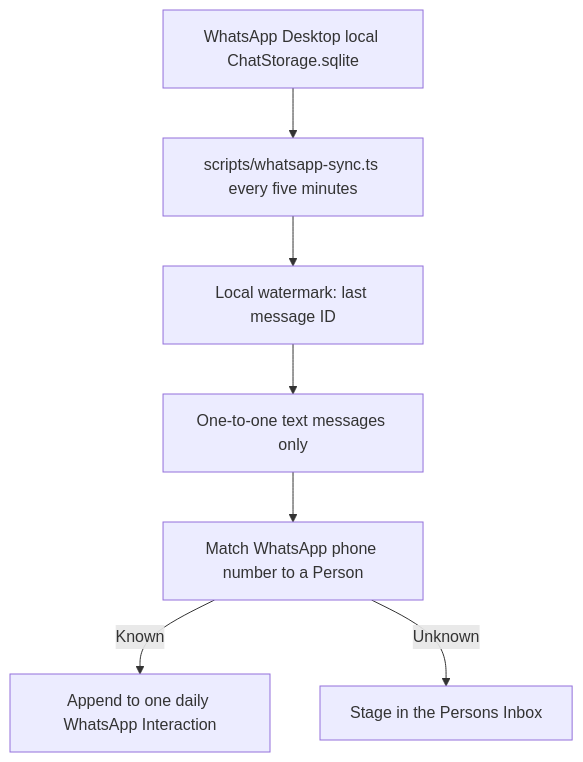
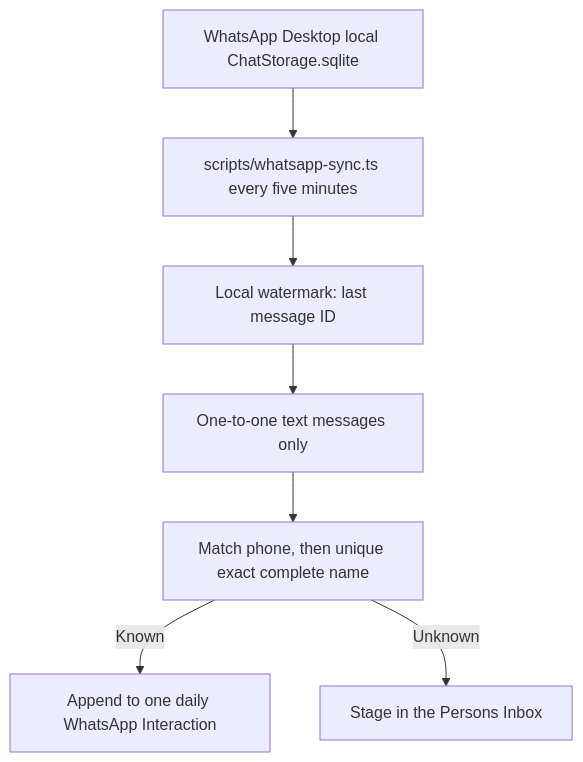
One commit to josephdfryer/life-os changed the fourth of 22 diagrams in docs/PERSONS_ARCHITECTURE.md. Above: the diagram before and after it, drawn with Mermaid. The commit also changed other lines of this file and 14 other files, not shown here.

Commit message:
feat(inbox): match WhatsApp contacts and bulk assign messages

````diff
--- a/docs/PERSONS_ARCHITECTURE.md
+++ b/docs/PERSONS_ARCHITECTURE.md
@@ -186,9 +186,9 @@
 ```mermaid
 flowchart TD
   WhatsApp["WhatsApp Desktop local ChatStorage.sqlite"] --> Watcher["scripts/whatsapp-sync.ts every five minutes"]
   Watcher --> Watermark["Local watermark: last message ID"]
   Watermark --> DirectOnly["One-to-one text messages only"]
-  DirectOnly --> Match["Match WhatsApp phone number to a Person"]
+  DirectOnly --> Match["Match phone, then unique exact complete name"]
   Match -->|Known| Daily["Append to one daily WhatsApp Interaction"]
   Match -->|Unknown| Inbox["Stage in the Persons Inbox"]
 ```
````
